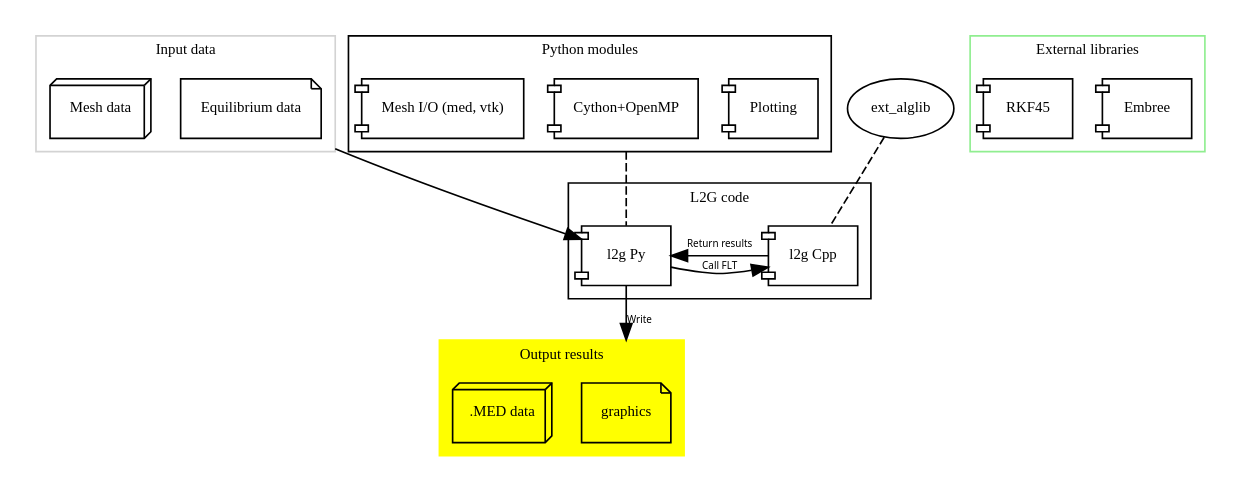
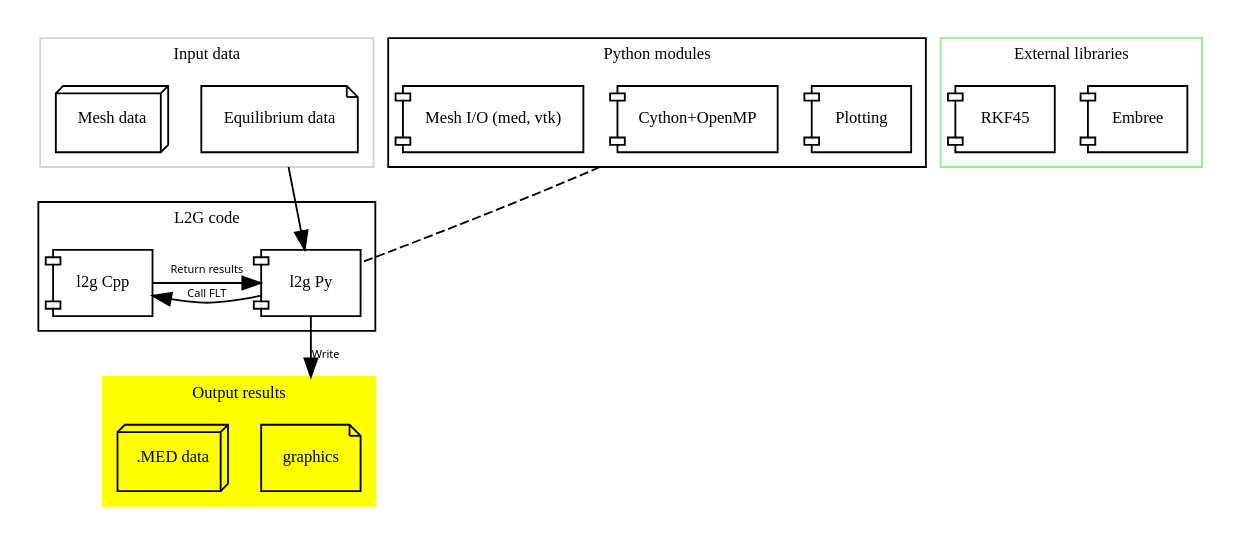
The diagram in doc/source/digest.rst (iterorganization/L2G), drawn with Graphviz before and after one commit. The commit also changed 5 other files, not shown here.

```diff
--- a/doc/source/digest.rst
+++ b/doc/source/digest.rst
@@ -24,71 +24,70 @@
 .. graphviz::
    :name: l2g workflow
    :caption: L2G scheme
    :align: center
 
     digraph "l2g-workflow" {
         size="8,6";
         rankdir="TD";
         splines=true;
         compound=true;
 
         graph [fontname="Verdana", fontsize="9"];
         node [fontname="Verdana", fontsize="9"];
         edge [fontname="Sans", fontsize="6"];
 
         l2g_py [label="l2g Py", shape="component", target="_blank"];
         l2g_cpp [label="l2g Cpp", shape="component", target="_blank"];
 
         output_graphics [label="graphics", shape="note",];
         output_data [label=".MED data", shape="box3d"]
 
         input_equil [label="Equilibrium data", shape="note"]
         input_mesh [label="Mesh data", shape="box3d"]
 
         ext_embree [label="Embree", shape="component", href="https://www.embree.org/", target="_blank"]
         ext_rkf45 [label="RKF45", shape="component"]
 
         py_plot [label="Plotting", shape="component"]
         py_cython [label="Cython+OpenMP", shape="component", href="https://cython.org/"]
         py_mesh [label="Mesh I/O (med, vtk)", shape="component"]
 
         subgraph cluster_0 {
             color=lightgrey;
 
             input_equil;
             input_mesh;
             label="Input data";
         }
 
         subgraph cluster_1 {
             rank=UD;
 
             l2g_py -> l2g_cpp [label="Call FLT", constraint=false];
             l2g_cpp -> l2g_py [label="Return results", constraint=false];
             label="L2G code";
         }
         subgraph cluster_2 {
             style=filled;
             color=yellow;
 
             "output_graphics";
             "output_data";
             label="Output results";
         }
         subgraph cluster_3 {
             color=lightgreen;
 
             {ext_embree ext_rkf45};
             label="External libraries";
         }
 
         subgraph cluster_4 {
             {rank = same; py_plot py_cython py_mesh};
             label="Python modules"
         }
 
         input_equil -> l2g_py [ltail=cluster_0]
         l2g_py -> output_graphics [lhead=cluster_2, label="Write"]
-        ext_alglib -> l2g_cpp [ltail=cluster_3, style=dashed, arrowhead=none]
         py_cython -> l2g_py [ltail=cluster_4, style=dashed, arrowhead=none]
     }
```
